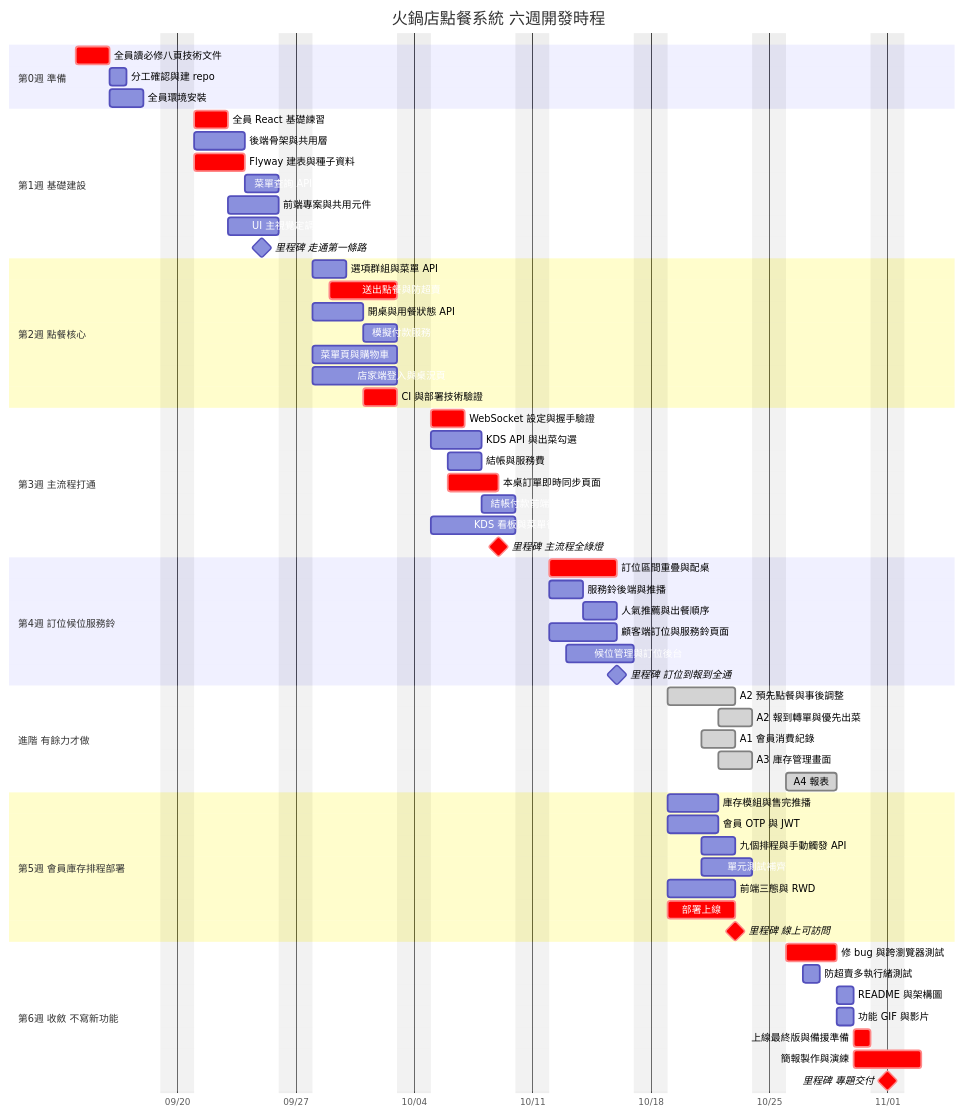
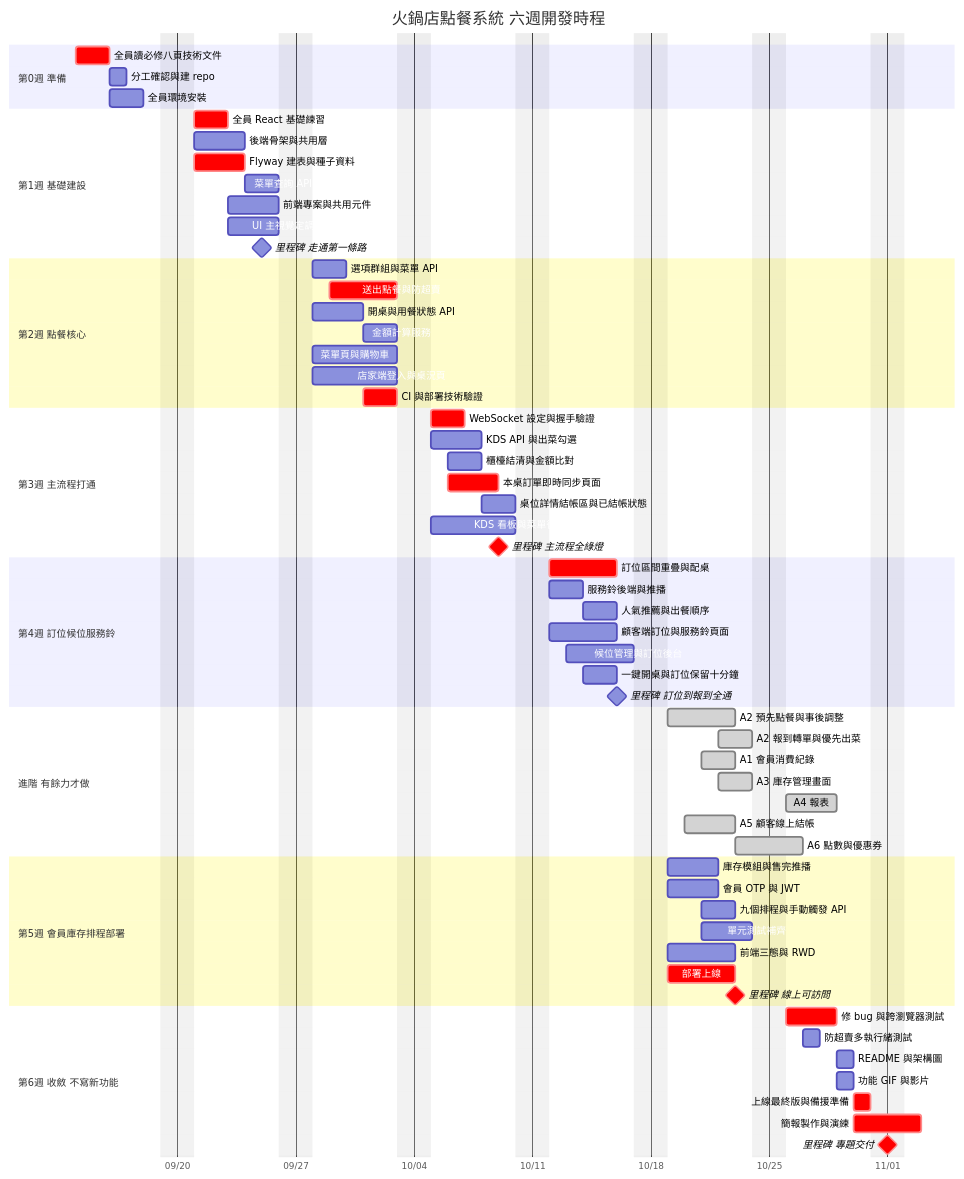
Before and after one commit to harry-wann/smart-order: the fifth of 15 diagrams in docs/spec/06-圖表總覽.md, drawn with Mermaid. The commit also changed other lines of this file and 91 other files, not shown here.

````diff
--- a/docs/spec/06-圖表總覽.md
+++ b/docs/spec/06-圖表總覽.md
@@ -278,72 +285,75 @@
 ```mermaid
 gantt
     title 火鍋店點餐系統 六週開發時程
     dateFormat YYYY-MM-DD
     axisFormat %m/%d
     excludes weekends
 
     section 第0週 準備
     全員讀必修八頁技術文件  :crit, d0, 2026-09-14, 2d
     分工確認與建 repo       :a0, 2026-09-16, 1d
     全員環境安裝            :a1, 2026-09-16, 2d
 
     section 第1週 基礎建設
     全員 React 基礎練習      :crit, b1, 2026-09-21, 2d
     後端骨架與共用層         :b2, 2026-09-21, 3d
     Flyway 建表與種子資料     :crit, b3, 2026-09-21, 3d
     菜單查詢 API            :b4, 2026-09-24, 2d
     前端專案與共用元件       :b5, 2026-09-23, 3d
     UI 主視覺定調           :b6, 2026-09-23, 3d
     里程碑 走通第一條路      :milestone, m1, 2026-09-25, 0d
 
     section 第2週 點餐核心
     選項群組與菜單 API       :c1, 2026-09-28, 2d
     送出點餐與防超賣         :crit, c2, 2026-09-29, 4d
     開桌與用餐狀態 API       :c3, 2026-09-28, 3d
-    模擬付款服務            :c4, 2026-10-01, 2d
+    金額計算服務            :c4, 2026-10-01, 2d
     菜單頁與購物車          :c5, 2026-09-28, 5d
     店家端登入與桌況頁       :c6, 2026-09-28, 5d
     CI 與部署技術驗證        :crit, c7, 2026-10-01, 2d
 
     section 第3週 主流程打通
     WebSocket 設定與握手驗證  :crit, e0, 2026-10-05, 2d
     KDS API 與出菜勾選       :e2, 2026-10-05, 3d
-    結帳與服務費            :e1, 2026-10-06, 2d
+    櫃檯結清與金額比對       :e1, 2026-10-06, 2d
     本桌訂單即時同步頁面      :crit, e3, 2026-10-06, 3d
-    結帳付款前端            :e4, 2026-10-08, 2d
+    桌位詳情結帳區與已結帳狀態 :e4, 2026-10-08, 2d
     KDS 看板與菜單後台       :e5, 2026-10-05, 5d
     里程碑 主流程全綠燈      :crit, milestone, m2, 2026-10-09, 0d
 
     section 第4週 訂位候位服務鈴
     訂位區間重疊與配桌       :crit, f2, 2026-10-12, 4d
     服務鈴後端與推播         :f1, 2026-10-12, 2d
     人氣推薦與出餐順序       :f3, 2026-10-14, 2d
     顧客端訂位與服務鈴頁面    :f4, 2026-10-12, 4d
     候位管理與訂位後台       :f5, 2026-10-13, 4d
+    一鍵開桌與訂位保留十分鐘   :f6, 2026-10-14, 2d
     里程碑 訂位到報到全通    :milestone, m3, 2026-10-16, 0d
 
     section 進階 有餘力才做
     A2 預先點餐與事後調整     :done, x1, 2026-10-19, 4d
     A2 報到轉單與優先出菜     :done, x2, 2026-10-22, 2d
     A1 會員消費紀錄          :done, x3, 2026-10-21, 2d
     A3 庫存管理畫面          :done, x5, 2026-10-22, 2d
     A4 報表                 :done, x6, 2026-10-26, 3d
+    A5 顧客線上結帳          :done, x7, 2026-10-20, 3d
+    A6 點數與優惠券          :done, x8, 2026-10-23, 2d
 
     section 第5週 會員庫存排程部署
     庫存模組與售完推播       :g1, 2026-10-19, 3d
     會員 OTP 與 JWT         :g5, 2026-10-19, 3d
     九個排程與手動觸發 API    :g6, 2026-10-21, 2d
     單元測試補齊            :g3, 2026-10-21, 3d
     前端三態與 RWD          :g4, 2026-10-19, 4d
     部署上線                :crit, g2, 2026-10-19, 4d
     里程碑 線上可訪問        :crit, milestone, m4, 2026-10-23, 0d
 
     section 第6週 收斂 不寫新功能
     修 bug 與跨瀏覽器測試     :crit, h1, 2026-10-26, 3d
     防超賣多執行緒測試       :h6, 2026-10-27, 1d
     README 與架構圖         :h2, 2026-10-29, 1d
     功能 GIF 與影片         :h3, 2026-10-29, 1d
     上線最終版與備援準備      :crit, h4, 2026-10-30, 1d
     簡報製作與演練          :crit, h5, 2026-10-30, 2d
     里程碑 專題交付         :crit, milestone, m5, 2026-11-01, 0d
 ```
````
